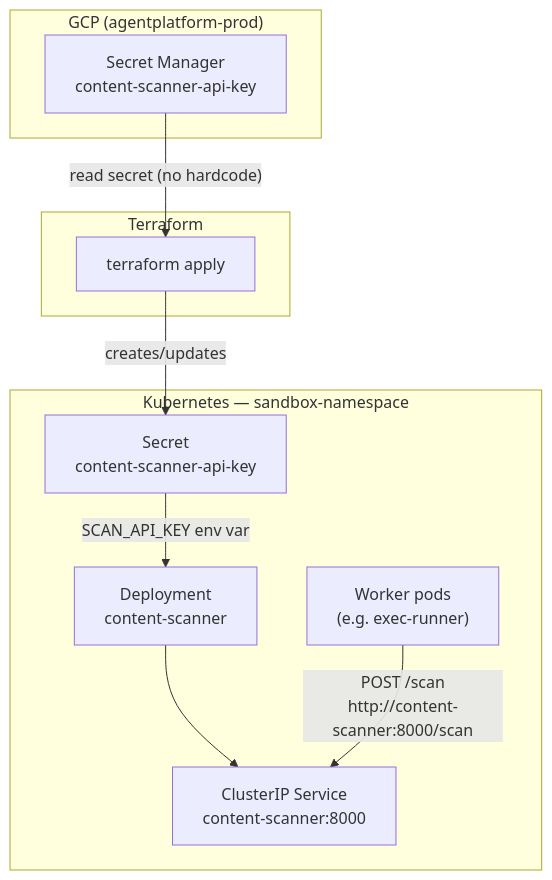
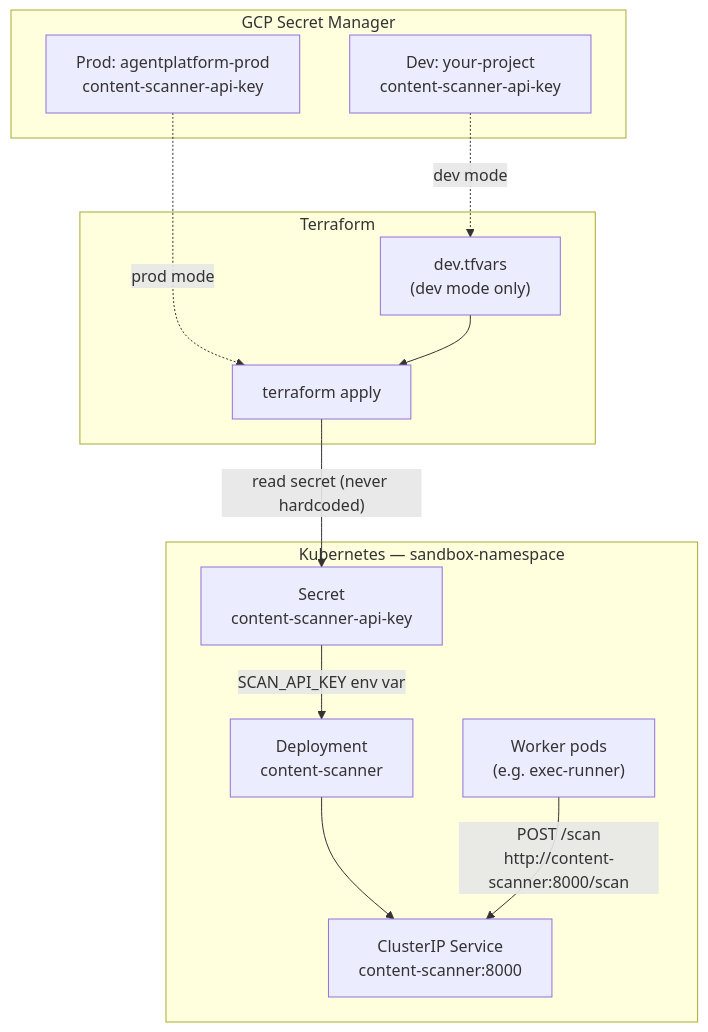
One commit to imkgarg/PavoTakeHomeAssessment changed the diagram in README.md. Above: the diagram before and after it, drawn with Mermaid. The commit also changed other lines of this file and 4 other files, not shown here.

````diff
--- a/README.md
+++ b/README.md
@@ -19,23 +35,27 @@
 ```mermaid
 flowchart TB
-    subgraph GCP["GCP (agentplatform-prod)"]
-        SM["Secret Manager<br/>content-scanner-api-key"]
+    subgraph GCP["GCP Secret Manager"]
+        DevSM["Dev: your-project<br/>content-scanner-api-key"]
+        ProdSM["Prod: agentplatform-prod<br/>content-scanner-api-key"]
     end
 
     subgraph TF["Terraform"]
+        DevVars["dev.tfvars<br/>(dev mode only)"]
         TFApply["terraform apply"]
     end
 
     subgraph K8s["Kubernetes — sandbox-namespace"]
         K8sSecret["Secret<br/>content-scanner-api-key"]
         Deploy["Deployment<br/>content-scanner"]
         SVC["ClusterIP Service<br/>content-scanner:8000"]
         Worker["Worker pods<br/>(e.g. exec-runner)"]
     end
 
-    SM -->|"read secret (no hardcode)"| TFApply
-    TFApply -->|"creates/updates"| K8sSecret
+    DevSM -.->|"dev mode"| DevVars
+    ProdSM -.->|"prod mode"| TFApply
+    DevVars --> TFApply
+    TFApply -->|"read secret (never hardcoded)"| K8sSecret
     K8sSecret -->|"SCAN_API_KEY env var"| Deploy
     Deploy --> SVC
     Worker -->|"POST /scan<br/>http://content-scanner:8000/scan"| SVC
 ```
````
